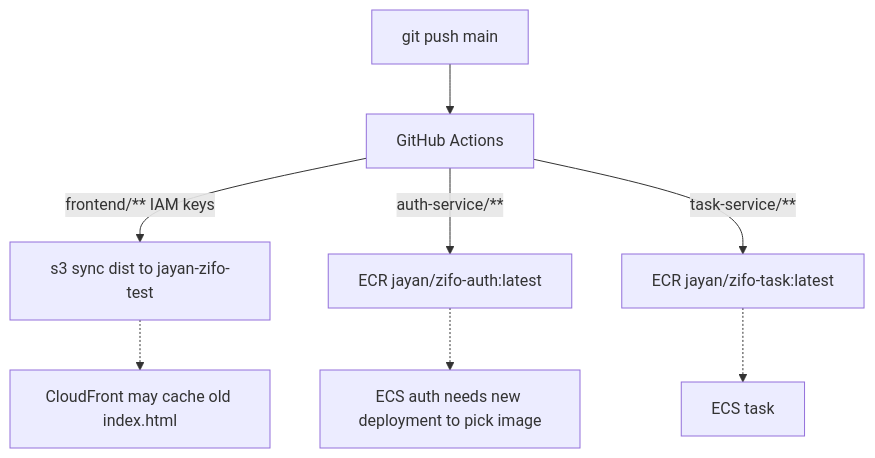
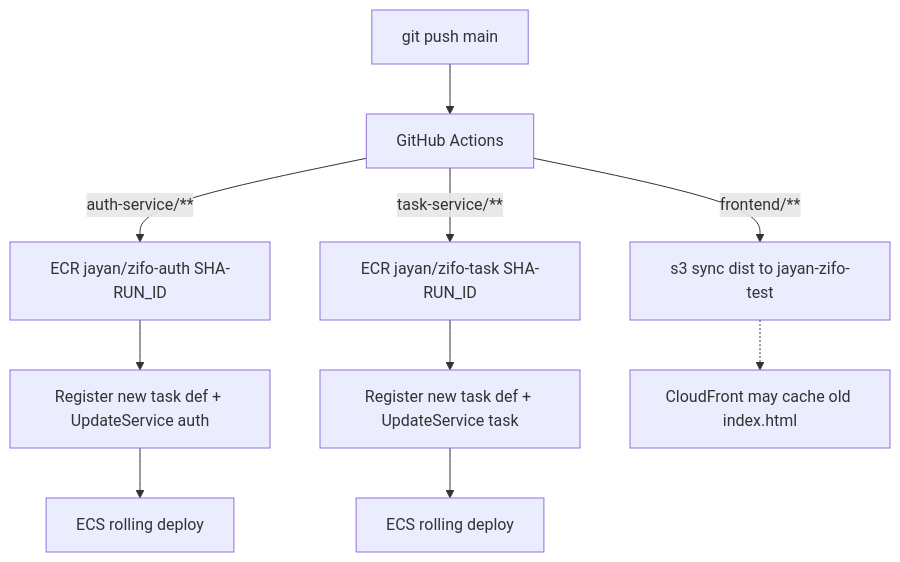
One commit to jayanlee/Zifo-Test changed the fourth of 4 diagrams in docs/lld.md. Above: the diagram before and after it, drawn with Mermaid. The commit also changed other lines of this file and 1 other file, not shown here.

````diff
--- a/docs/lld.md
+++ b/docs/lld.md
@@ -85,10 +85,12 @@
 ```mermaid
 flowchart TB
   GIT[git push main] --> GHA[GitHub Actions]
-  GHA -->|frontend/** IAM keys| S3[s3 sync dist to jayan-zifo-test]
-  GHA -->|auth-service/**| ECR1[ECR jayan/zifo-auth:latest]
-  GHA -->|task-service/**| ECR2[ECR jayan/zifo-task:latest]
-  ECR1 -.-> AUTH[ECS auth needs new deployment to pick image]
-  ECR2 -.-> TASK[ECS task]
+  GHA -->|frontend/**| S3[s3 sync dist to jayan-zifo-test]
+  GHA -->|auth-service/**| ECR1[ECR jayan/zifo-auth SHA-RUN_ID]
+  GHA -->|task-service/**| ECR2[ECR jayan/zifo-task SHA-RUN_ID]
+  ECR1 --> REG1[Register new task def + UpdateService auth]
+  ECR2 --> REG2[Register new task def + UpdateService task]
+  REG1 --> AUTH[ECS rolling deploy]
+  REG2 --> TASK[ECS rolling deploy]
   S3 -.-> CF[CloudFront may cache old index.html]
 ```
````
